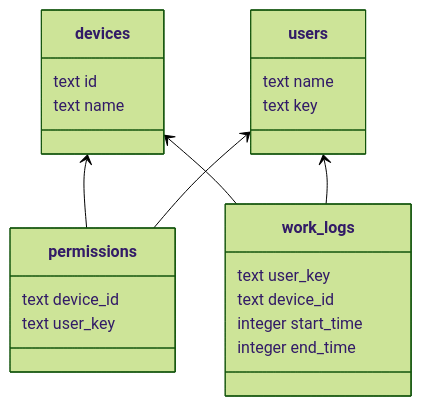
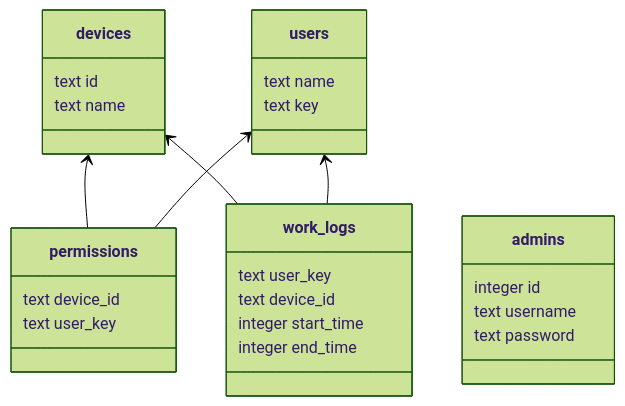
One commit to hacklabkyiv/prismo changed the diagram in README.md. Above: the diagram before and after it, drawn with Mermaid (forest theme). The commit also changed other lines of this file, not shown here.

````diff
--- a/README.md
+++ b/README.md
@@ -24,29 +154,35 @@
 ```mermaid
 classDiagram
     direction BT
     class devices {
         text id
         text name
     }
     class permissions {
         text device_id
         text user_key
     }
 
     class users {
         text name
         text key
     }
 
     class work_logs {
         text user_key
         text device_id
         integer start_time
         integer end_time
     }
 
+    class admins {
+        integer id
+        text username
+        text password
+    }
+
     permissions --> devices
     work_logs --> devices
     work_logs --> users
     permissions --> users
 ```
````
